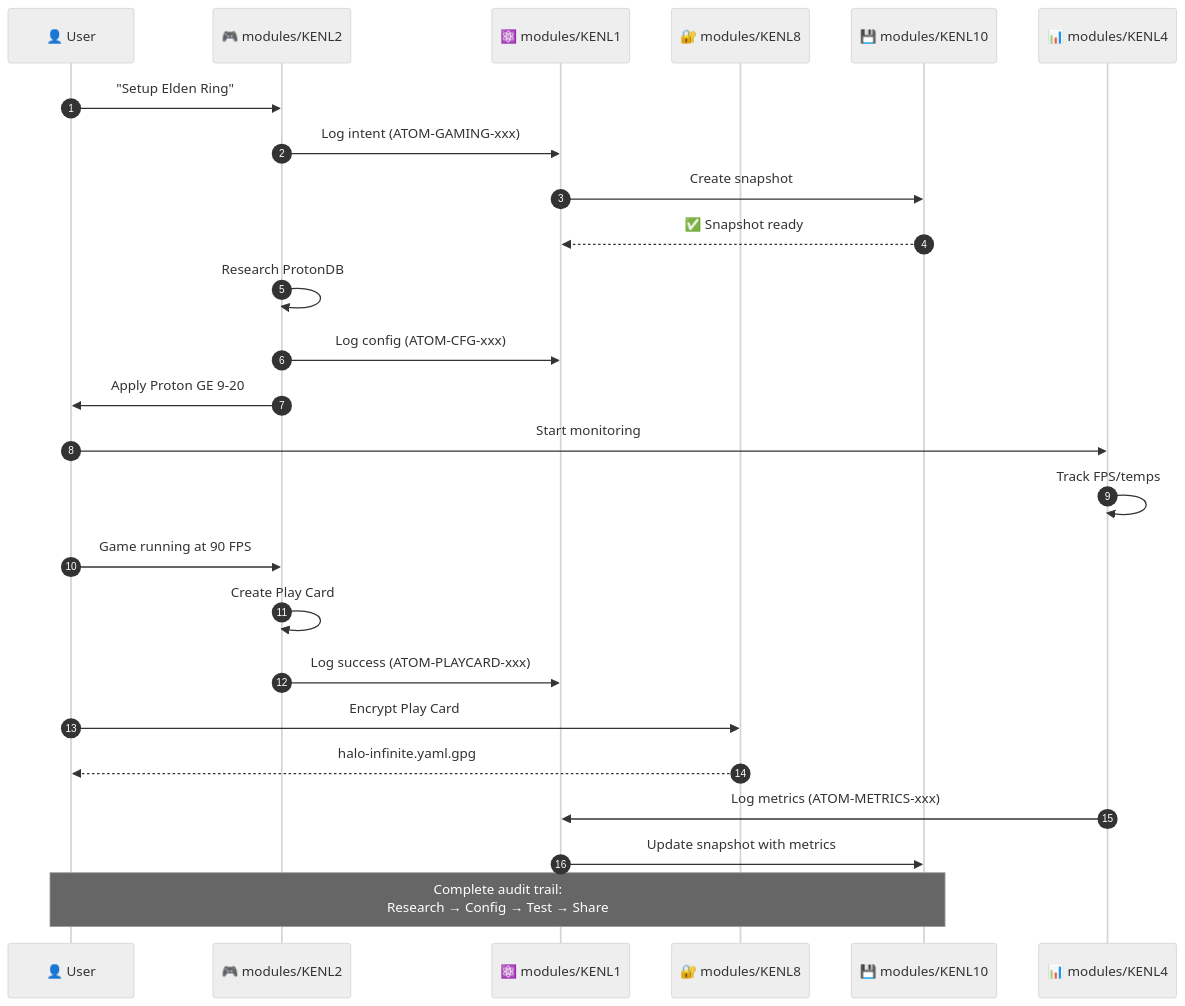
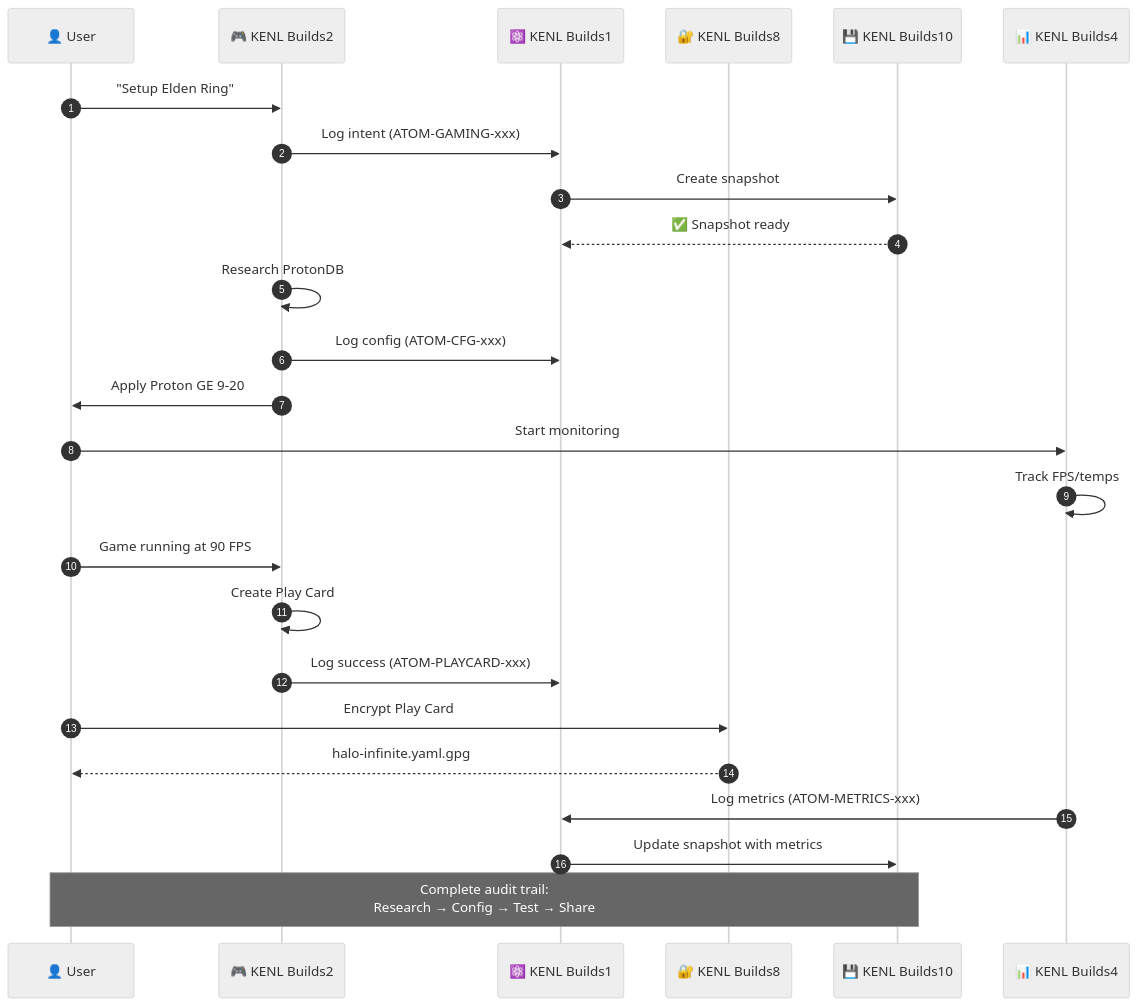
The ninth of 9 diagrams in README.md (toolate28/kenl), drawn with Mermaid (neutral theme) before and after one commit. The commit also changed other lines of this file, not shown here.

````diff
--- a/README.md
+++ b/README.md
@@ -685,35 +685,35 @@
 ```mermaid
 sequenceDiagram
     autonumber
 
     participant U as 👤 User
-    participant K2 as 🎮 modules/KENL2
-    participant K1 as ⚛️ modules/KENL1
-    participant K8 as 🔐 modules/KENL8
-    participant K10 as 💾 modules/KENL10
-    participant K4 as 📊 modules/KENL4
+    participant K2 as 🎮 KENL Builds2
+    participant K1 as ⚛️ KENL Builds1
+    participant K8 as 🔐 KENL Builds8
+    participant K10 as 💾 KENL Builds10
+    participant K4 as 📊 KENL Builds4
 
     U->>K2: "Setup Elden Ring"
     K2->>K1: Log intent (ATOM-GAMING-xxx)
     K1->>K10: Create snapshot
     K10-->>K1: ✅ Snapshot ready
 
     K2->>K2: Research ProtonDB
     K2->>K1: Log config (ATOM-CFG-xxx)
     K2->>U: Apply Proton GE 9-20
 
     U->>K4: Start monitoring
     K4->>K4: Track FPS/temps
 
     U->>K2: Game running at 90 FPS
     K2->>K2: Create Play Card
     K2->>K1: Log success (ATOM-PLAYCARD-xxx)
 
     U->>K8: Encrypt Play Card
     K8-->>U: halo-infinite.yaml.gpg
 
     K4->>K1: Log metrics (ATOM-METRICS-xxx)
     K1->>K10: Update snapshot with metrics
 
     Note over U,K10: Complete audit trail:<br/>Research → Config → Test → Share
 ```
````
